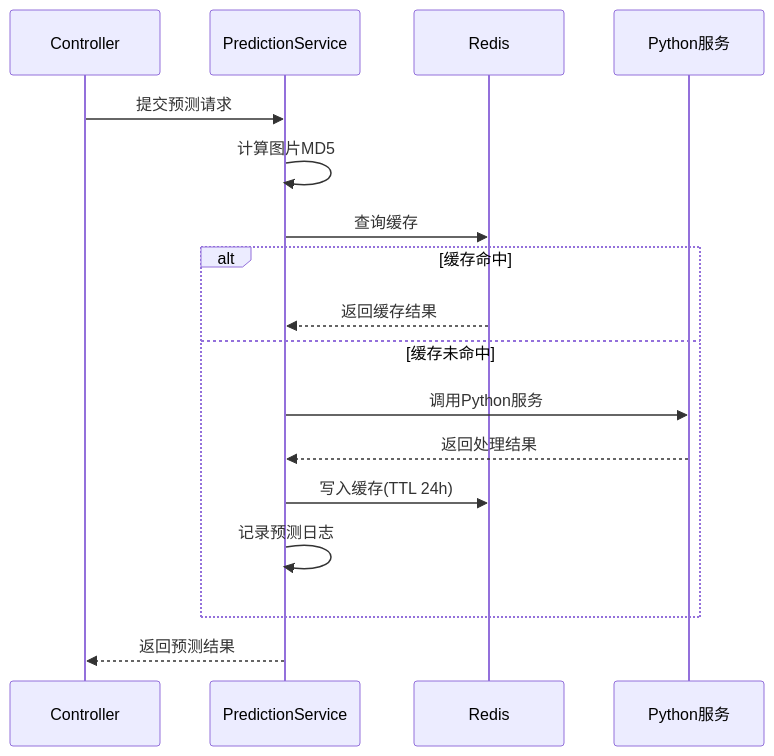
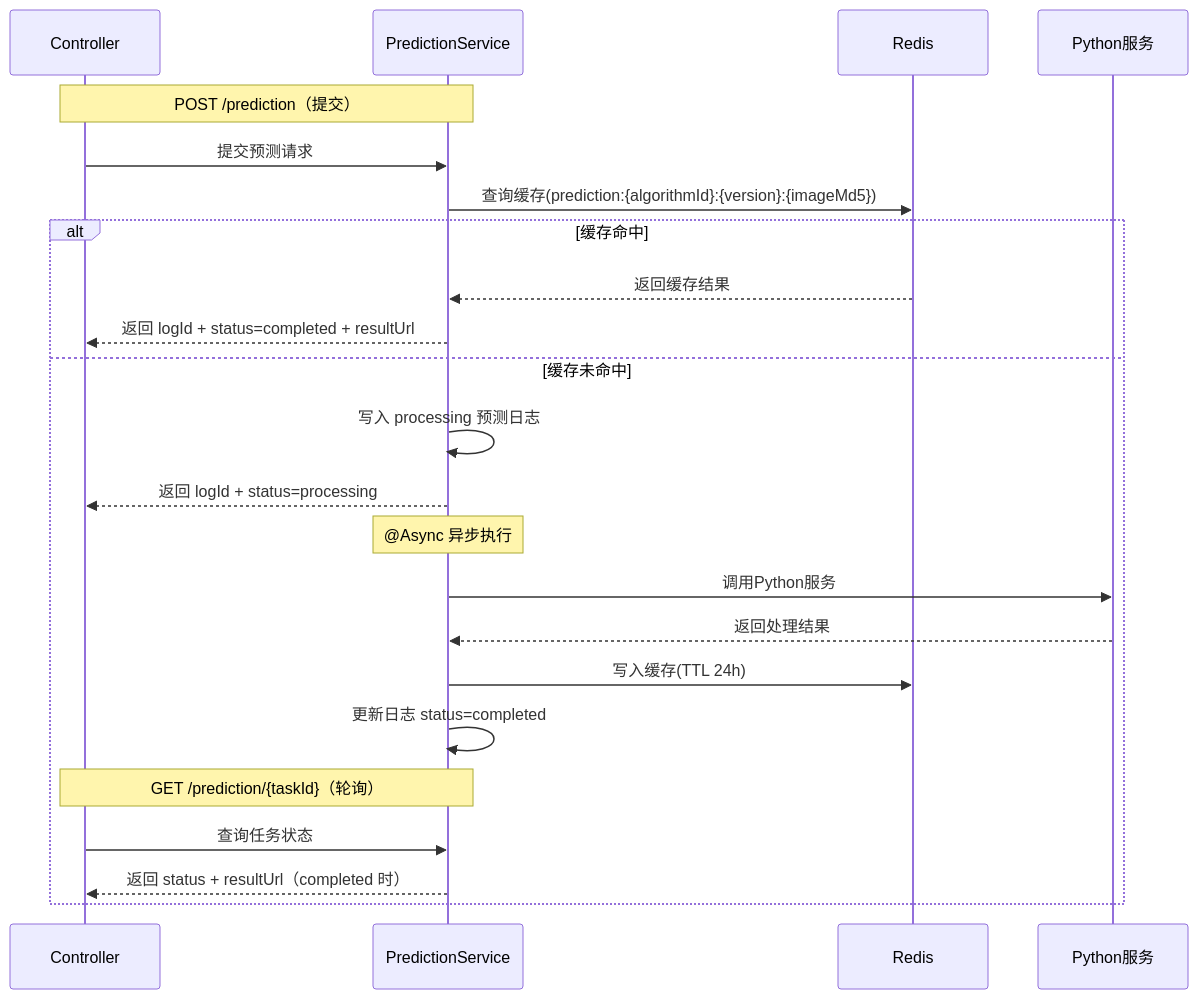
The fourth of 5 diagrams in dehaze-doc/docs/03-模块设计/核心模块/算法管理/后端实现.md (earthy-zinc/dehaze-system), drawn with Mermaid before and after one commit. The commit also changed other lines of this file and 128 other files, not shown here.

````diff
--- a/dehaze-doc/docs/03-模块设计/核心模块/算法管理/后端实现.md
+++ b/dehaze-doc/docs/03-模块设计/核心模块/算法管理/后端实现.md
@@ -253,20 +260,26 @@
 ```mermaid
 sequenceDiagram
     participant C as Controller
     participant S as PredictionService
     participant Cache as Redis
     participant Algo as Python服务
 
+    Note over C,S: POST /prediction（提交）
     C->>S: 提交预测请求
-    S->>S: 计算图片MD5
-    S->>Cache: 查询缓存
+    S->>Cache: 查询缓存(prediction:{algorithmId}:{version}:{imageMd5})
     alt 缓存命中
         Cache-->>S: 返回缓存结果
+        S-->>C: 返回 logId + status=completed + resultUrl
     else 缓存未命中
+        S->>S: 写入 processing 预测日志
+        S-->>C: 返回 logId + status=processing
+        Note over S: @Async 异步执行
         S->>Algo: 调用Python服务
         Algo-->>S: 返回处理结果
         S->>Cache: 写入缓存(TTL 24h)
-        S->>S: 记录预测日志
+        S->>S: 更新日志 status=completed
+        Note over C,S: GET /prediction/{taskId}（轮询）
+        C->>S: 查询任务状态
+        S-->>C: 返回 status + resultUrl（completed 时）
     end
-    S-->>C: 返回预测结果
 ```
````
